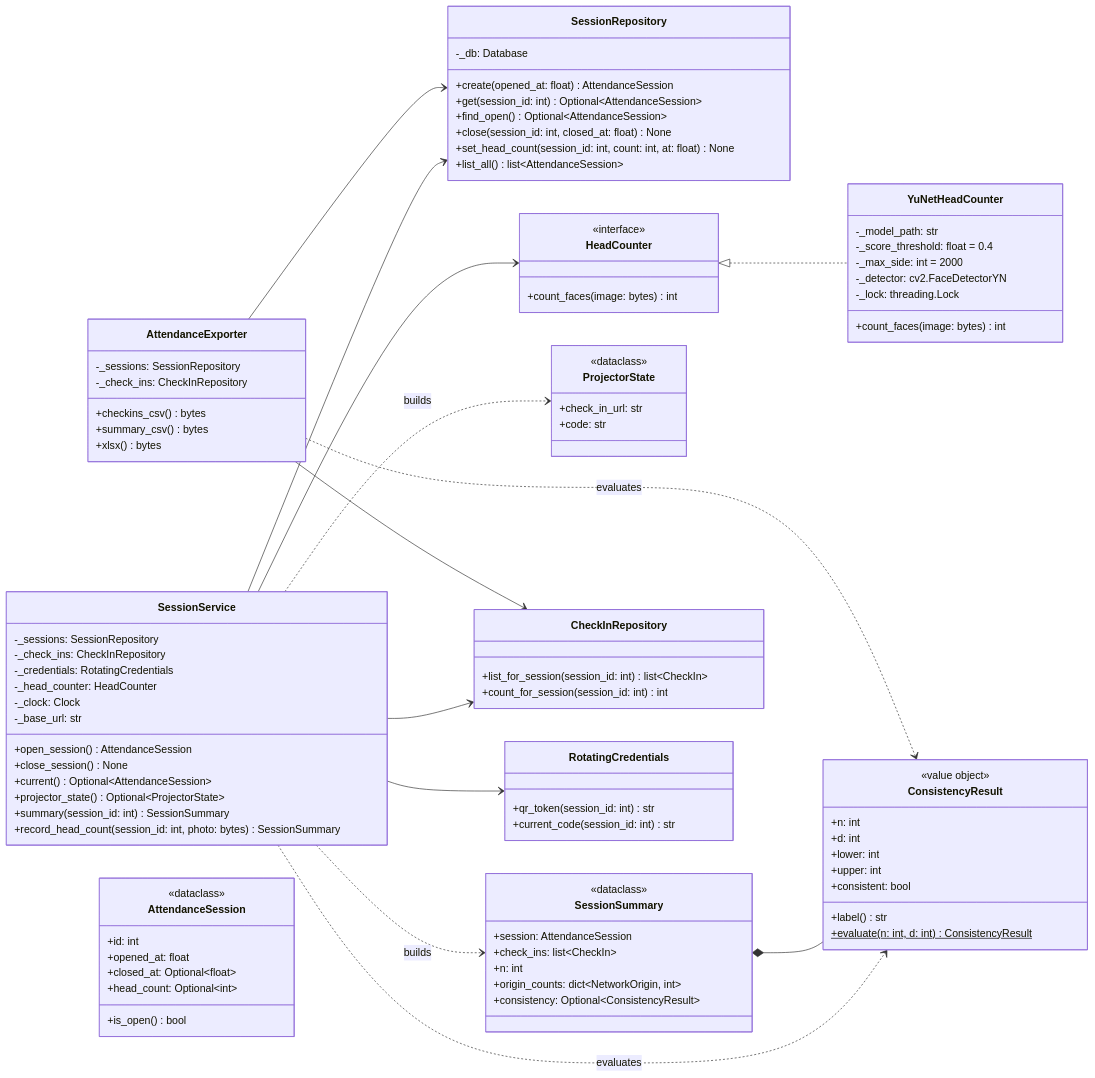
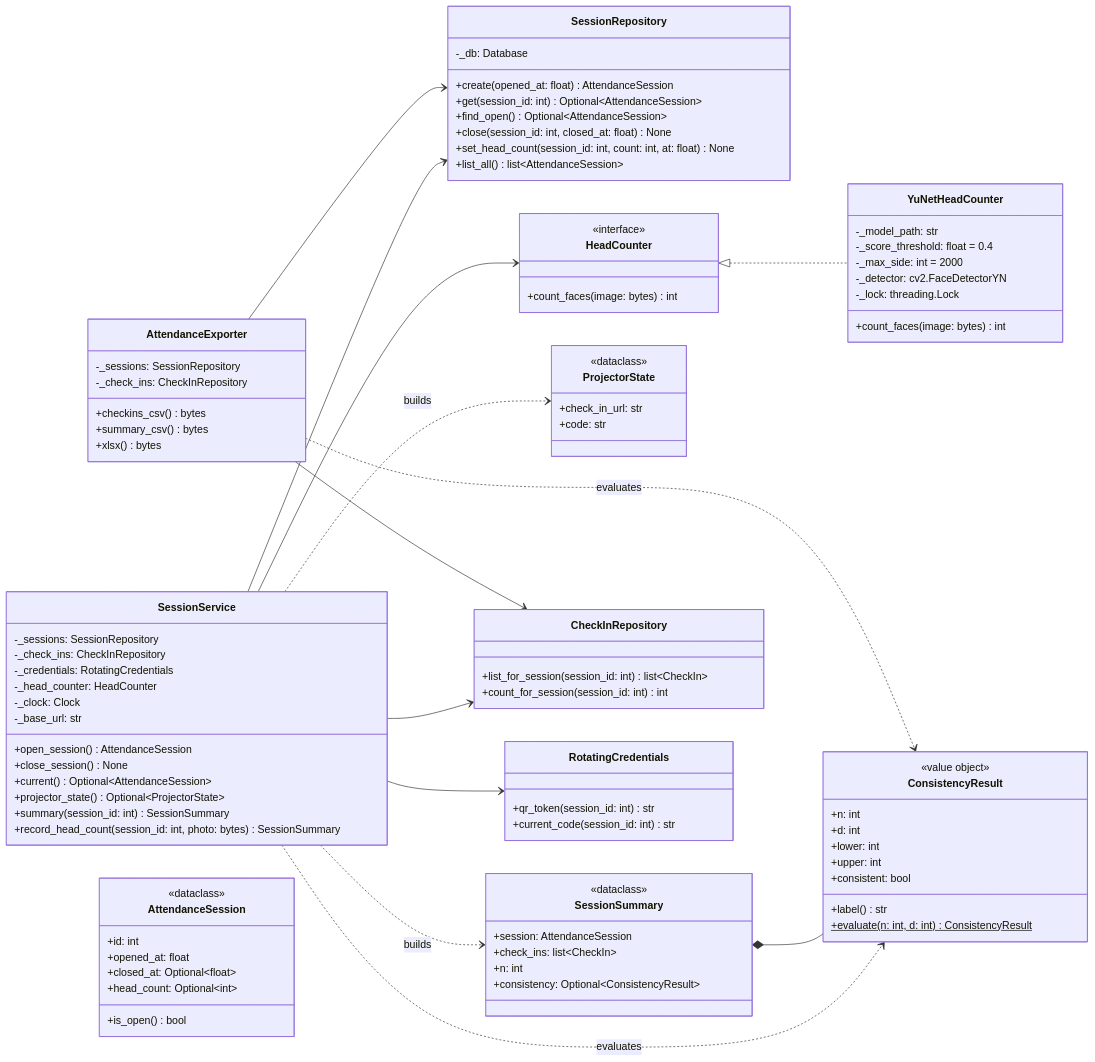
Before and after one commit to ronsarfati/EX2-Teaching-Tool: the fourth of 18 diagrams in docs/design.md, drawn with Mermaid. The commit also changed other lines of this file and 2 other files, not shown here.

```diff
--- a/docs/design.md
+++ b/docs/design.md
@@ -574,7 +458,6 @@
     +session: AttendanceSession
     +check_ins: list~CheckIn~
     +n: int
-    +origin_counts: dict~NetworkOrigin, int~
     +consistency: Optional~ConsistencyResult~
   }
   class CheckInRepository {
```
